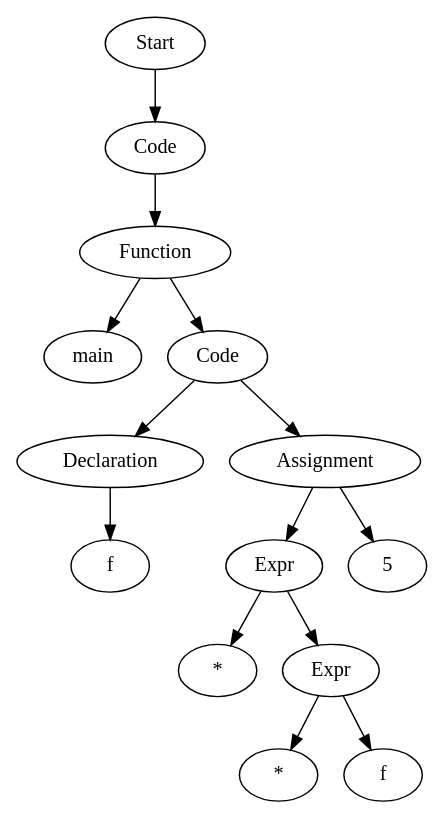
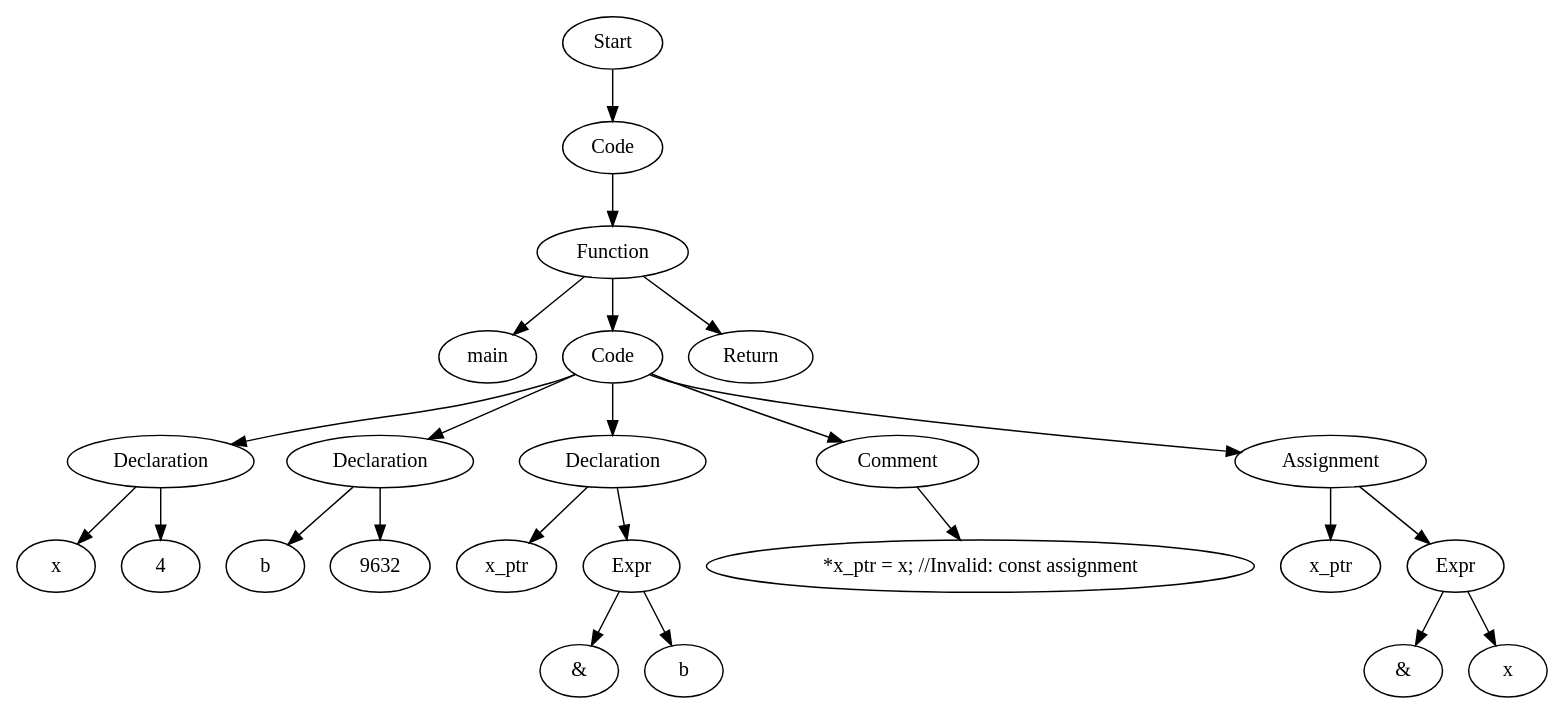
One commit to Are-you-listening/Compilers changed the diagram in src/TestFiles/ASTTests/SemanticErrorsTests/CreateTests/read_file_before.dot. Above: the diagram before and after it, drawn with Graphviz. The commit also changed 20 other files, not shown here.

```diff
--- a/src/TestFiles/ASTTests/SemanticErrorsTests/CreateTests/read_file_before.dot
+++ b/src/TestFiles/ASTTests/SemanticErrorsTests/CreateTests/read_file_before.dot
@@ -1,29 +1,49 @@
 digraph AST {
-  "138736406494080" [label="Start"];
-  "138736406494080" -> "138736406492592";
-  "138736406492592" [label="Code"];
-  "138736406492592" -> "138736406492784";
-  "138736406492784" [label="Function"];
-  "138736406492784" -> "138736406490960";
-  "138736406492784" -> "138736406493840";
-  "138736406490960" [label="main"];
-  "138736406493840" [label="Code"];
-  "138736406493840" -> "138736406491584";
-  "138736406493840" -> "138736406493072";
-  "138736406491584" [label="Declaration"];
-  "138736406491584" -> "138736406493024";
-  "138736406493024" [label="f"];
-  "138736406493072" [label="Assignment"];
-  "138736406493072" -> "138736406492256";
-  "138736406493072" -> "138736406492976";
-  "138736406492256" [label="Expr"];
-  "138736406492256" -> "138736406492304";
-  "138736406492256" -> "138736406490288";
-  "138736406492304" [label="*"];
-  "138736406490288" [label="Expr"];
-  "138736406490288" -> "138736406490816";
-  "138736406490288" -> "138736406492016";
-  "138736406490816" [label="*"];
-  "138736406492016" [label="f"];
-  "138736406492976" [label="5"];
+  "125904123935616" [label="Start"];
+  "125904123935616" -> "125904123934848";
+  "125904123934848" [label="Code"];
+  "125904123934848" -> "125904123934656";
+  "125904123934656" [label="Function"];
+  "125904123934656" -> "125904123928944";
+  "125904123934656" -> "125904123930528";
+  "125904123934656" -> "125904123935760";
+  "125904123928944" [label="main"];
+  "125904123930528" [label="Code"];
+  "125904123930528" -> "125904123932592";
+  "125904123930528" -> "125904123933936";
+  "125904123930528" -> "125904123931440";
+  "125904123930528" -> "125904123934464";
+  "125904123930528" -> "125904123936240";
+  "125904123932592" [label="Declaration"];
+  "125904123932592" -> "125904123935280";
+  "125904123932592" -> "125904123931920";
+  "125904123935280" [label="x"];
+  "125904123931920" [label="4"];
+  "125904123933936" [label="Declaration"];
+  "125904123933936" -> "125904123934800";
+  "125904123933936" -> "125904123932256";
+  "125904123934800" [label="b"];
+  "125904123932256" [label="9632"];
+  "125904123931440" [label="Declaration"];
+  "125904123931440" -> "125904123930384";
+  "125904123931440" -> "125904123929664";
+  "125904123930384" [label="x_ptr"];
+  "125904123929664" [label="Expr"];
+  "125904123929664" -> "125904123935376";
+  "125904123929664" -> "125904123936144";
+  "125904123935376" [label="&"];
+  "125904123936144" [label="b"];
+  "125904123934464" [label="Comment"];
+  "125904123934464" -> "125904124134112";
+  "125904124134112" [label="*x_ptr = x; //Invalid: const assignment"];
+  "125904123936240" [label="Assignment"];
+  "125904123936240" -> "125904123936384";
+  "125904123936240" -> "125904123936528";
+  "125904123936384" [label="x_ptr"];
+  "125904123936528" [label="Expr"];
+  "125904123936528" -> "125904123936624";
+  "125904123936528" -> "125904124133632";
+  "125904123936624" [label="&"];
+  "125904124133632" [label="x"];
+  "125904123935760" [label="Return"];
 }
```
